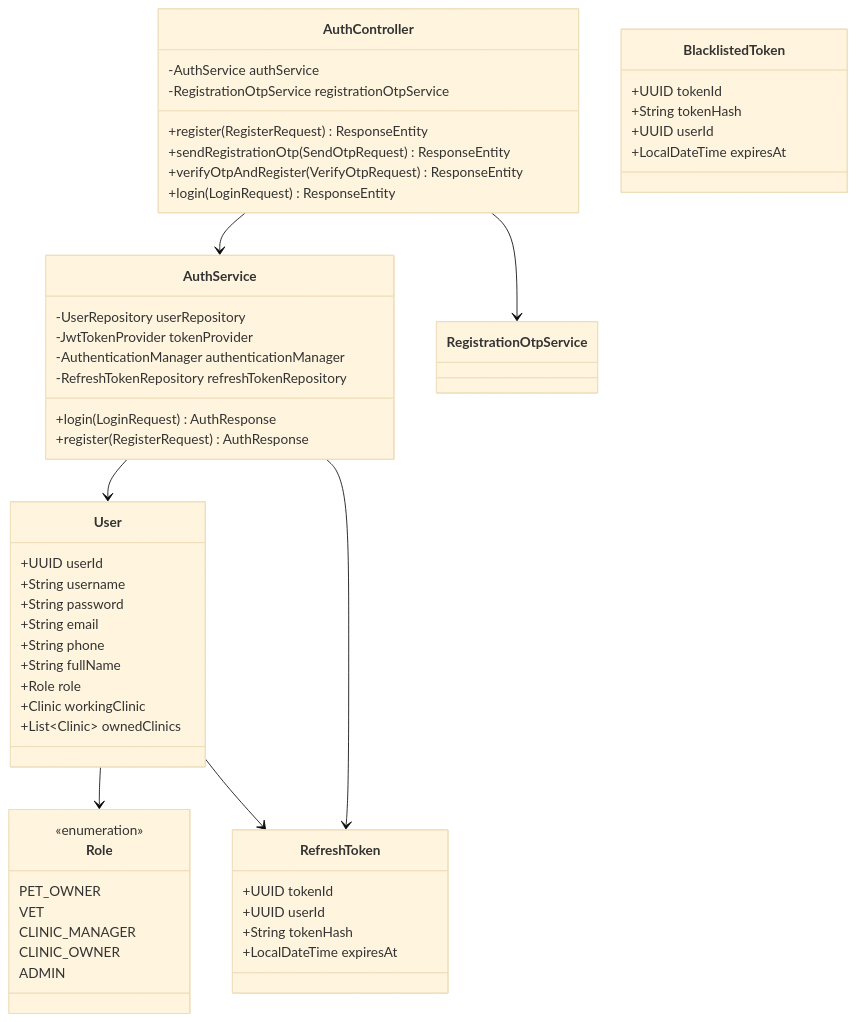
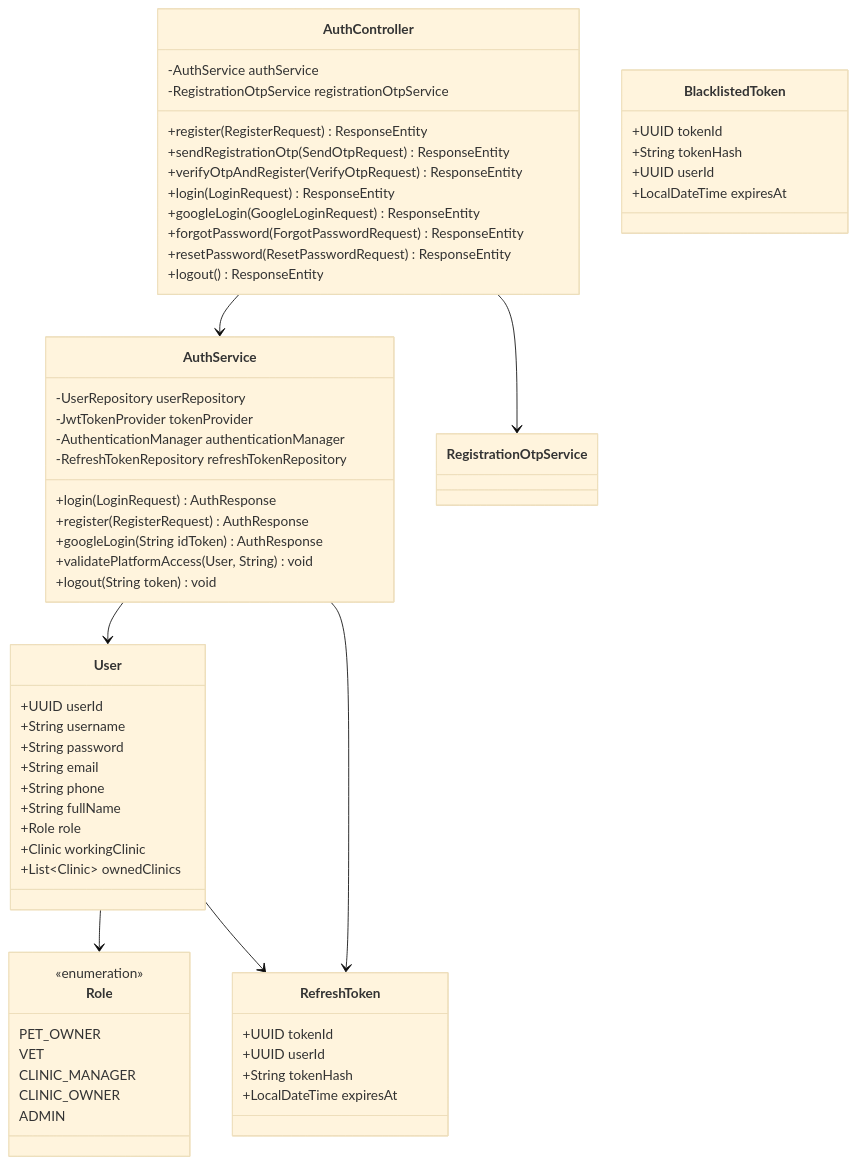
Before and after one commit to espresso23/Petties-Veterinary-Appointment-Booking-Platform: the sixth of 28 diagrams in docs-references/documentation/SDD/REPORT_4_SDD_SYSTEM_DESIGN.md, drawn with Mermaid (base theme). The commit also changed other lines of this file and 3 other files, not shown here.

Commit message:
docs: standardize SRS/SDD formats and fix sequence diagram notation

````diff
--- a/docs-references/documentation/SDD/REPORT_4_SDD_SYSTEM_DESIGN.md
+++ b/docs-references/documentation/SDD/REPORT_4_SDD_SYSTEM_DESIGN.md
@@ -736,62 +736,69 @@
 ```mermaid
 classDiagram
     class AuthController {
         -AuthService authService
         -RegistrationOtpService registrationOtpService
         +register(RegisterRequest) ResponseEntity
         +sendRegistrationOtp(SendOtpRequest) ResponseEntity
         +verifyOtpAndRegister(VerifyOtpRequest) ResponseEntity
         +login(LoginRequest) ResponseEntity
+        +googleLogin(GoogleLoginRequest) ResponseEntity
+        +forgotPassword(ForgotPasswordRequest) ResponseEntity
+        +resetPassword(ResetPasswordRequest) ResponseEntity
+        +logout() ResponseEntity
     }
 
     class AuthService {
         -UserRepository userRepository
         -JwtTokenProvider tokenProvider
         -AuthenticationManager authenticationManager
         -RefreshTokenRepository refreshTokenRepository
         +login(LoginRequest) AuthResponse
         +register(RegisterRequest) AuthResponse
+        +googleLogin(String idToken) AuthResponse
+        +validatePlatformAccess(User, String) void
+        +logout(String token) void
     }
 
     class User {
         +UUID userId
         +String username
         +String password
         +String email
         +String phone
         +String fullName
         +Role role
         +Clinic workingClinic
         +List~Clinic~ ownedClinics
     }
 
     class Role {
         <<enumeration>>
         PET_OWNER
         VET
         CLINIC_MANAGER
         CLINIC_OWNER
         ADMIN
     }
 
     class RefreshToken {
         +UUID tokenId
         +UUID userId
         +String tokenHash
         +LocalDateTime expiresAt
     }
 
     class BlacklistedToken {
         +UUID tokenId
         +String tokenHash
         +UUID userId
         +LocalDateTime expiresAt
     }
 
     AuthController --> AuthService
     AuthController --> RegistrationOtpService
     AuthService --> User
     AuthService --> RefreshToken
     User --> Role
     User --> RefreshToken
 ```
````
